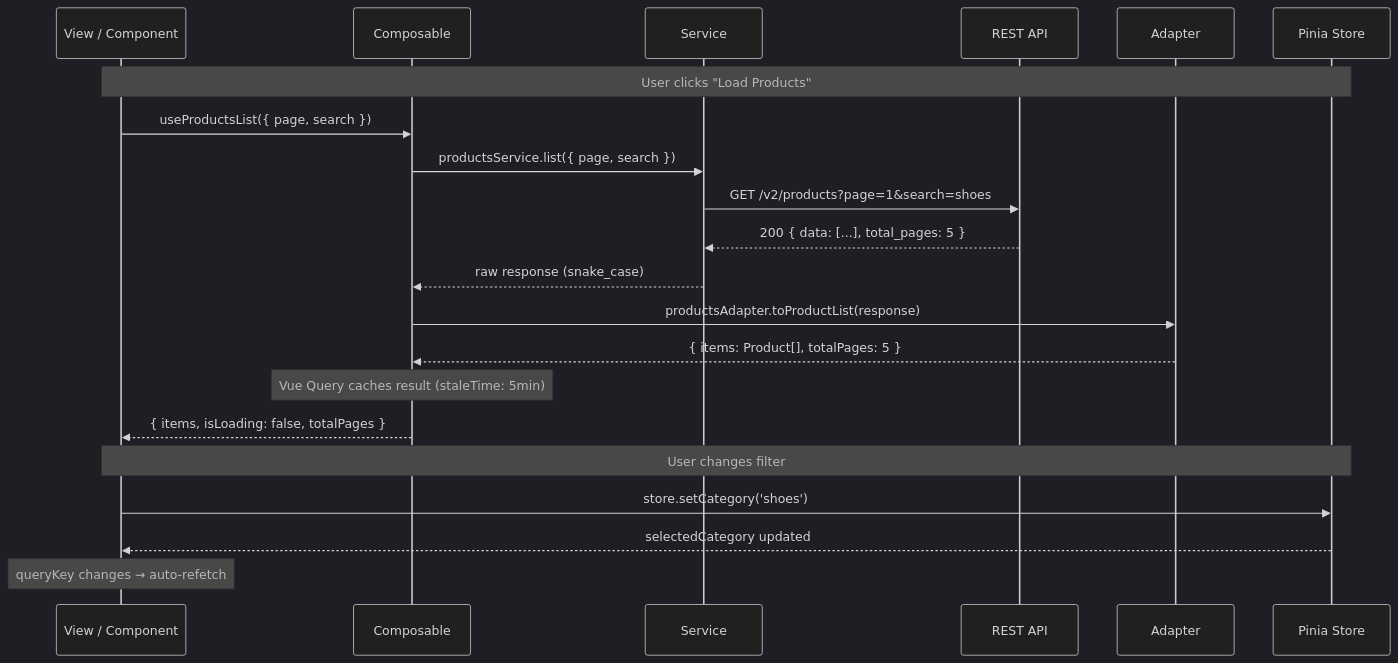
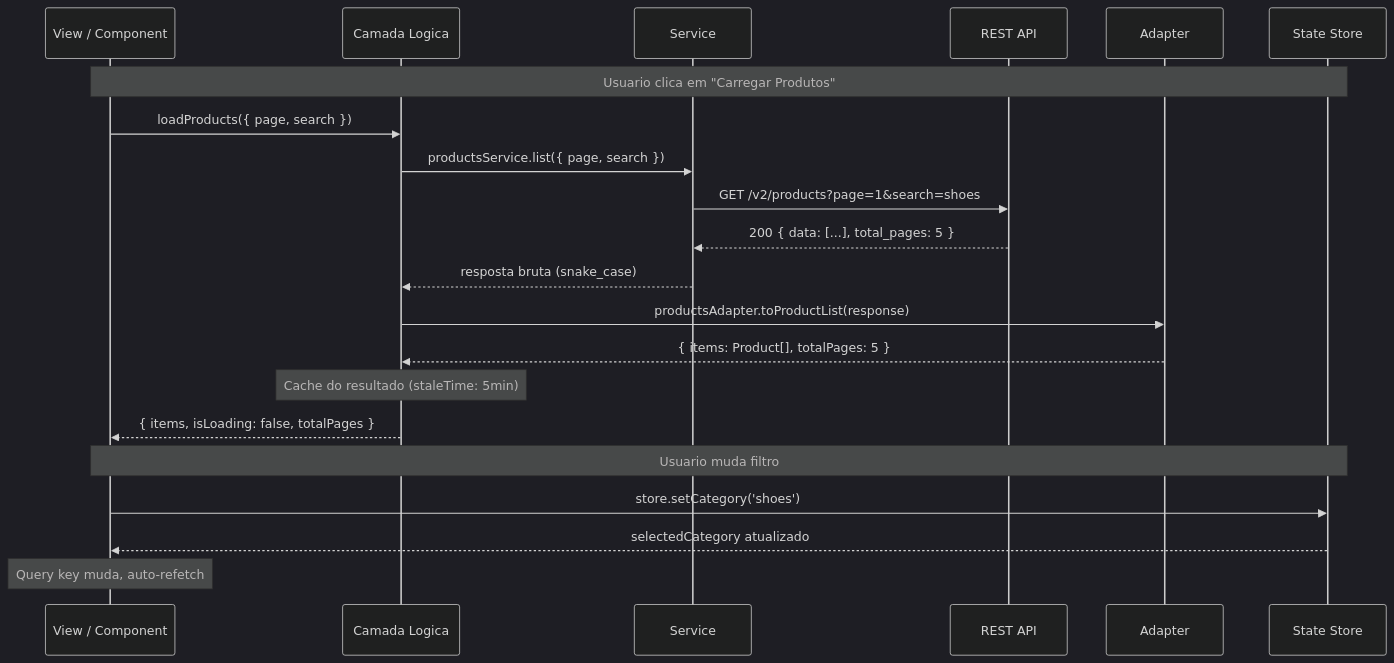
Before and after one commit to NoaiRox/specialist-agent: the first of 3 diagrams in docs/pt-BR/guide/layers.md, drawn with Mermaid (dark theme). The commit also changed other lines of this file and 7 other files, not shown here.

First line of the commit message:
refactor(docs): make ARCHITECTURE.md optional and docs framework-agnostic (#60)

````diff
--- a/docs/pt-BR/guide/layers.md
+++ b/docs/pt-BR/guide/layers.md
@@ -11,25 +7,25 @@
 ```mermaid
 sequenceDiagram
     participant V as View / Component
-    participant Co as Composable
+    participant L as Camada Logica
     participant S as Service
     participant API as REST API
     participant Ad as Adapter
-    participant St as Pinia Store
+    participant St as State Store
 
-    Note over V,St: User clicks "Load Products"
-    V->>Co: useProductsList({ page, search })
-    Co->>S: productsService.list({ page, search })
+    Note over V,St: Usuario clica em "Carregar Produtos"
+    V->>L: loadProducts({ page, search })
+    L->>S: productsService.list({ page, search })
     S->>API: GET /v2/products?page=1&search=shoes
     API-->>S: 200 { data: [...], total_pages: 5 }
-    S-->>Co: raw response (snake_case)
-    Co->>Ad: productsAdapter.toProductList(response)
-    Ad-->>Co: { items: Product[], totalPages: 5 }
-    Note over Co: Vue Query caches result (staleTime: 5min)
-    Co-->>V: { items, isLoading: false, totalPages }
+    S-->>L: resposta bruta (snake_case)
+    L->>Ad: productsAdapter.toProductList(response)
+    Ad-->>L: { items: Product[], totalPages: 5 }
+    Note over L: Cache do resultado (staleTime: 5min)
+    L-->>V: { items, isLoading: false, totalPages }
 
-    Note over V,St: User changes filter
+    Note over V,St: Usuario muda filtro
     V->>St: store.setCategory('shoes')
-    St-->>V: selectedCategory updated
-    Note over V: queryKey changes → auto-refetch
+    St-->>V: selectedCategory atualizado
+    Note over V: Query key muda, auto-refetch
 ```
````
